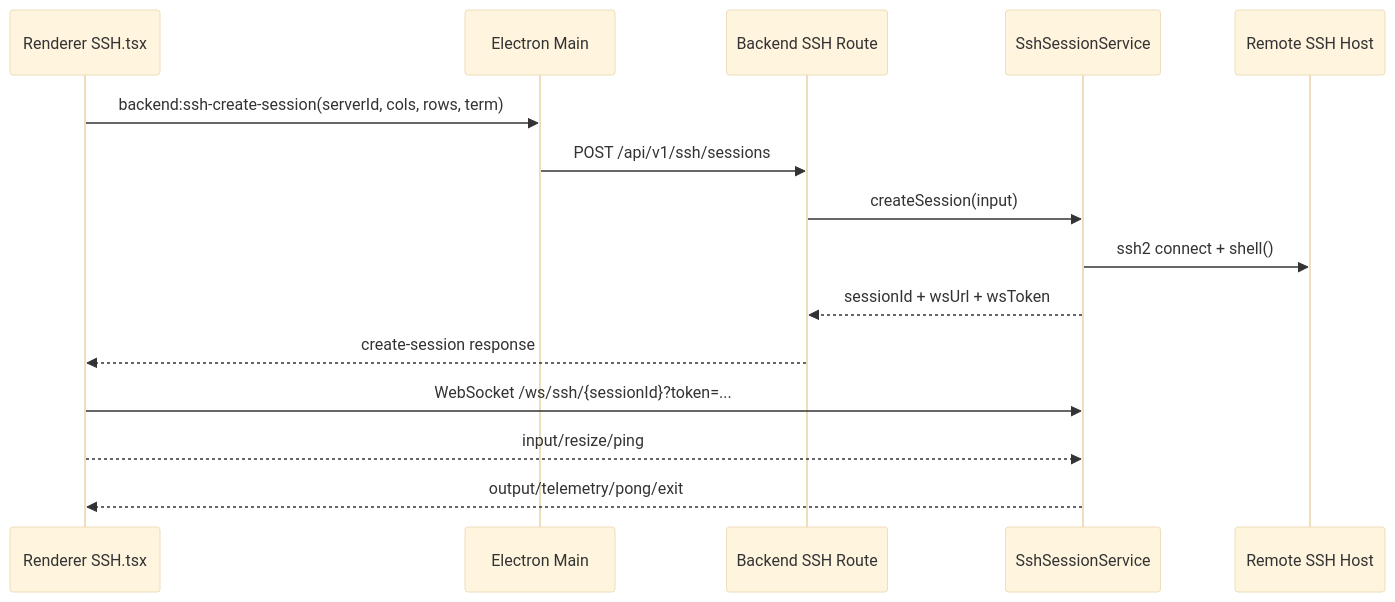
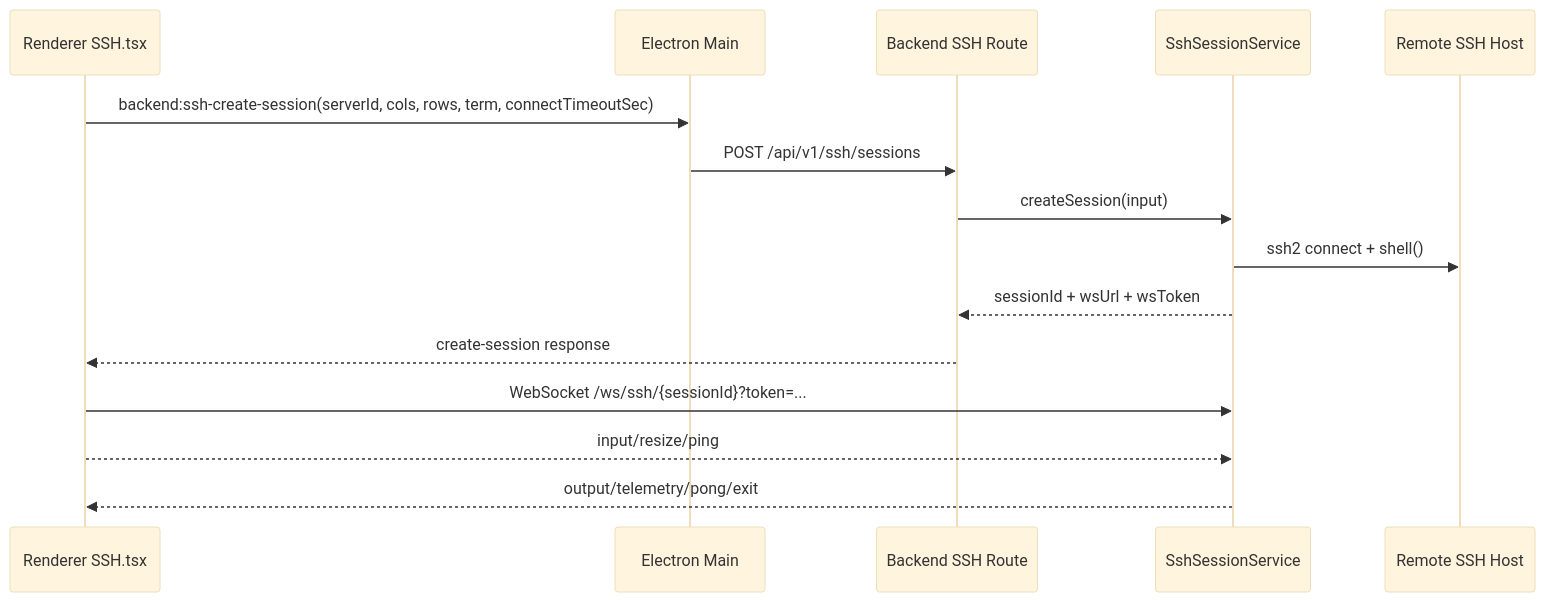
The first of 2 diagrams in docs/developer/runtime/ssh-terminal.md (agoudbg/Cosmosh), drawn with Mermaid (base theme) before and after one commit. The commit also changed other lines of this file and 15 other files, not shown here.

````diff
--- a/docs/developer/runtime/ssh-terminal.md
+++ b/docs/developer/runtime/ssh-terminal.md
@@ -10,18 +10,18 @@
 ```mermaid
 sequenceDiagram
   participant UI as Renderer SSH.tsx
   participant MAIN as Electron Main
   participant API as Backend SSH Route
   participant SSH as SshSessionService
   participant REM as Remote SSH Host
 
-  UI->>MAIN: backend:ssh-create-session(serverId, cols, rows, term)
+  UI->>MAIN: backend:ssh-create-session(serverId, cols, rows, term, connectTimeoutSec)
   MAIN->>API: POST /api/v1/ssh/sessions
   API->>SSH: createSession(input)
   SSH->>REM: ssh2 connect + shell()
   SSH-->>API: sessionId + wsUrl + wsToken
   API-->>UI: create-session response
   UI->>SSH: WebSocket /ws/ssh/{sessionId}?token=...
   UI-->>SSH: input/resize/ping
   SSH-->>UI: output/telemetry/pong/exit
 ```
````
